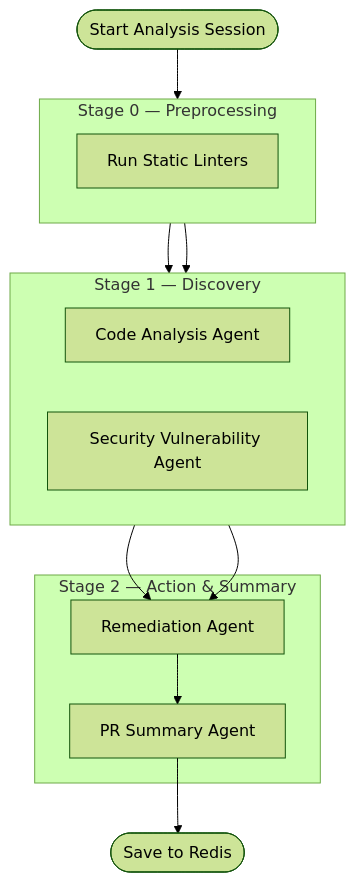
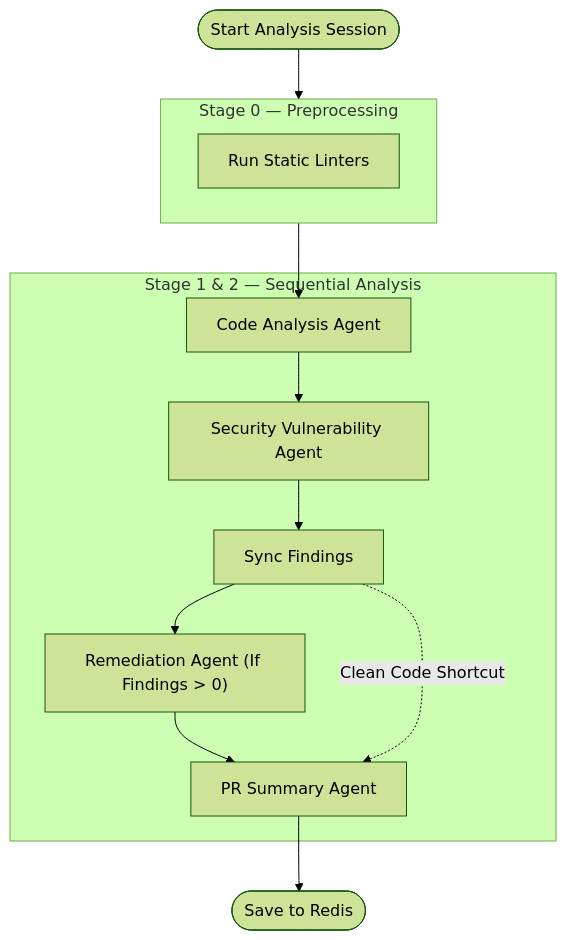
The diagram in docs/SYSTEM_DESIGN.md (shubham0915/AI-Code-Review-Security-Analysis-Agent-Group2), drawn with Mermaid (forest theme) before and after one commit. The commit also changed other lines of this file and 3 other files, not shown here.

````diff
--- a/docs/SYSTEM_DESIGN.md
+++ b/docs/SYSTEM_DESIGN.md
@@ -50,27 +50,25 @@
 ```mermaid
 flowchart TD
     START(["Start Analysis Session"])
 
     subgraph PRE["Stage 0 — Preprocessing"]
         L["Run Static Linters"]
     end
 
-    subgraph PARALLEL["Stage 1 — Discovery"]
-        direction LR
+    subgraph SEQ["Stage 1 & 2 — Sequential Analysis"]
         CA["Code Analysis Agent"]
         SV["Security Vulnerability Agent"]
-    end
-
-    subgraph SEQ["Stage 2 — Action & Summary"]
-        RA["Remediation Agent"]
+        SYNC["Sync Findings"]
+        RA["Remediation Agent (If Findings > 0)"]
         PR["PR Summary Agent"]
     end
 
     START --> PRE
     PRE --> CA
-    PRE --> SV
-    CA --> RA
-    SV --> RA
+    CA --> SV
+    SV --> SYNC
+    SYNC --> RA
     RA --> PR
+    SYNC -.->|"Clean Code Shortcut"| PR
     PR --> END(["Save to Redis"])
 ```
````
